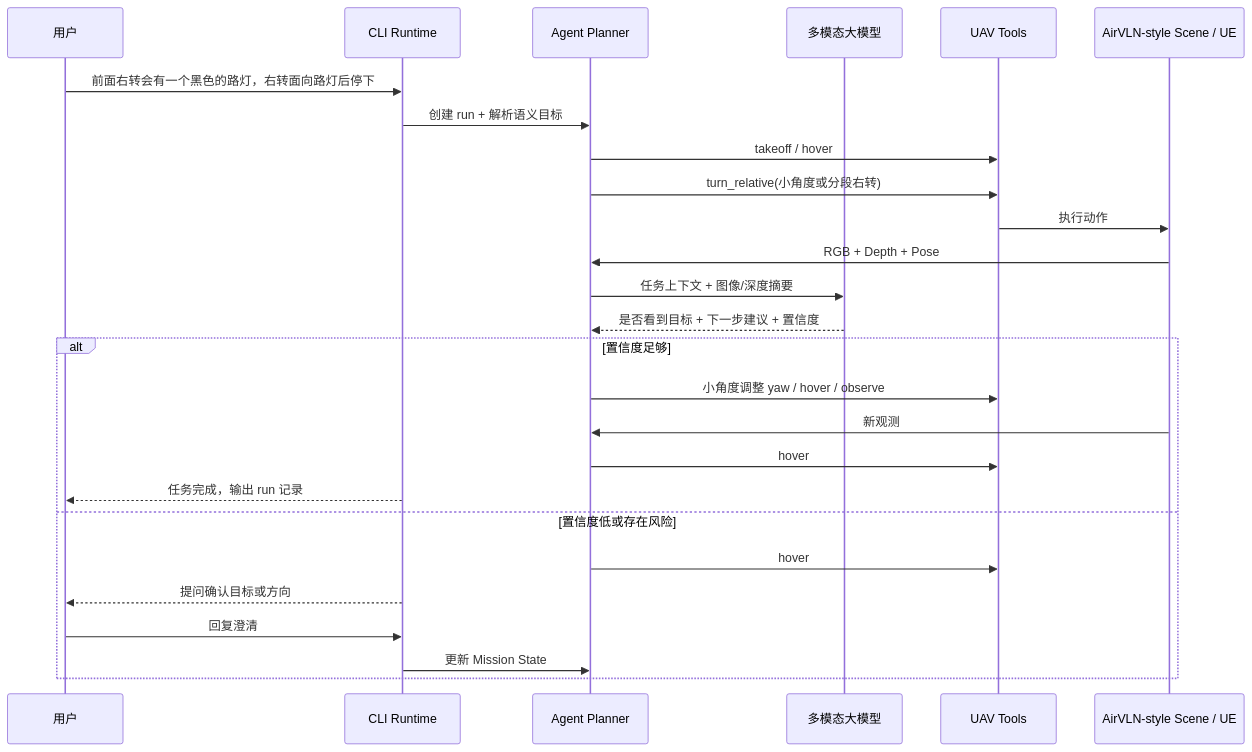
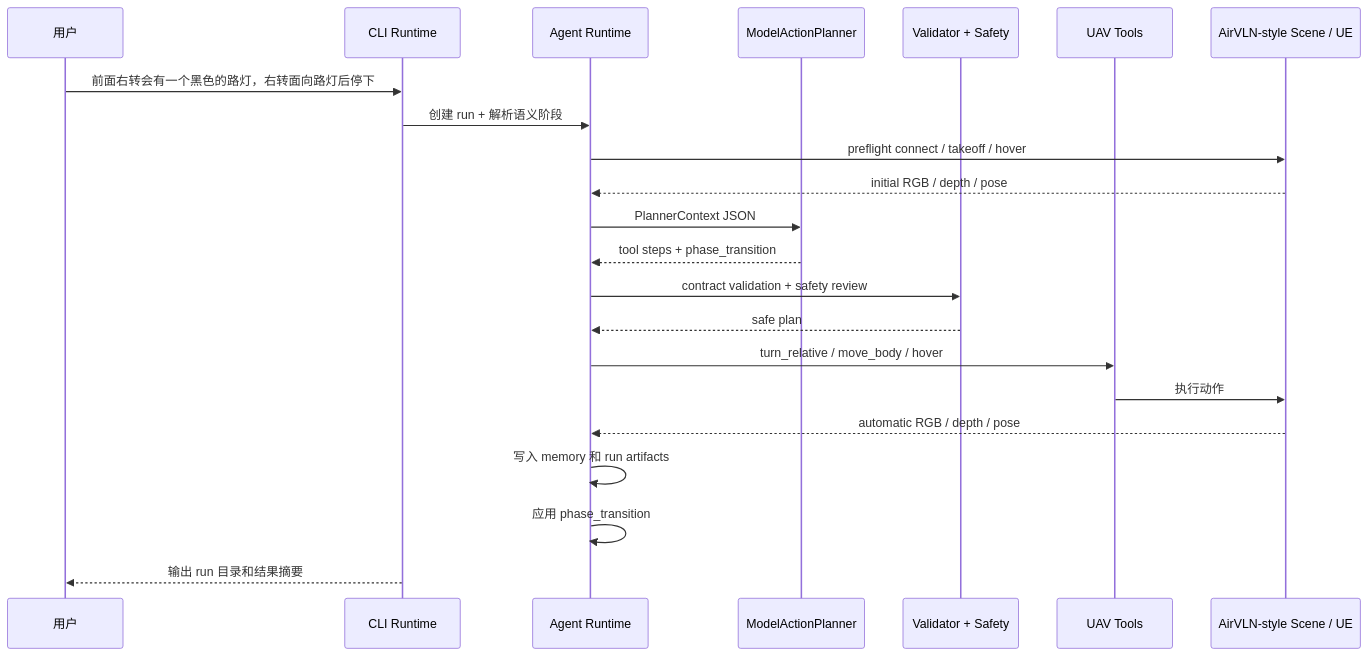
One commit to LZ6years/AeroPilot changed the fifth of 5 diagrams in docs/mvp_flow_diagrams.md. Above: the diagram before and after it, drawn with Mermaid. The commit also changed other lines of this file and 15 other files, not shown here.

Commit message:
Tighten model action planner contract

````diff
--- a/docs/mvp_flow_diagrams.md
+++ b/docs/mvp_flow_diagrams.md
@@ -130,29 +125,25 @@
 ```mermaid
 sequenceDiagram
     participant User as 用户
     participant CLI as CLI Runtime
-    participant Agent as Agent Planner
-    participant VLM as 多模态大模型
+    participant Agent as Agent Runtime
+    participant Model as ModelActionPlanner
+    participant Guard as Validator + Safety
     participant UAV as UAV Tools
     participant Env as AirVLN-style Scene / UE
 
     User->>CLI: 前面右转会有一个黑色的路灯，右转面向路灯后停下
-    CLI->>Agent: 创建 run + 解析语义目标
-    Agent->>UAV: takeoff / hover
-    Agent->>UAV: turn_relative(小角度或分段右转)
+    CLI->>Agent: 创建 run + 解析语义阶段
+    Agent->>Env: preflight connect / takeoff / hover
+    Env-->>Agent: initial RGB / depth / pose
+    Agent->>Model: PlannerContext JSON
+    Model-->>Agent: tool steps + phase_transition
+    Agent->>Guard: contract validation + safety review
+    Guard-->>Agent: safe plan
+    Agent->>UAV: turn_relative / move_body / hover
     UAV->>Env: 执行动作
-    Env->>Agent: RGB + Depth + Pose
-    Agent->>VLM: 任务上下文 + 图像/深度摘要
-    VLM-->>Agent: 是否看到目标 + 下一步建议 + 置信度
-    alt 置信度足够
-        Agent->>UAV: 小角度调整 yaw / hover / observe
-        Env->>Agent: 新观测
-        Agent->>UAV: hover
-        CLI-->>User: 任务完成，输出 run 记录
-    else 置信度低或存在风险
-        Agent->>UAV: hover
-        CLI-->>User: 提问确认目标或方向
-        User->>CLI: 回复澄清
-        CLI->>Agent: 更新 Mission State
-    end
+    Env-->>Agent: automatic RGB / depth / pose
+    Agent->>Agent: 写入 memory 和 run artifacts
+    Agent->>Agent: 应用 phase_transition
+    CLI-->>User: 输出 run 目录和结果摘要
 ```
````
